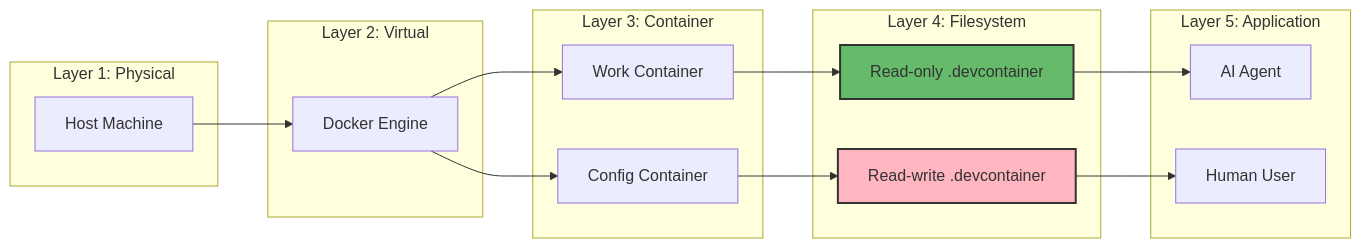
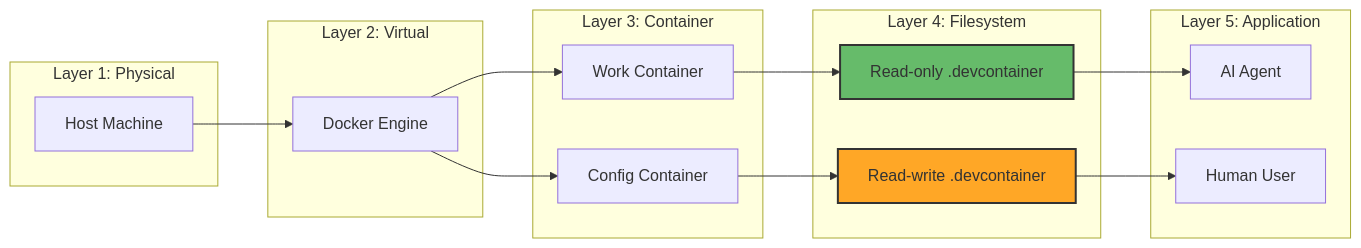
The second of 4 diagrams in sparc/3-architecture/diagrams/02-container-orchestration.md (ManuelKugelmann/BitBot), drawn with Mermaid before and after one commit. The commit also changed other lines of this file, not shown here.

First line of the commit message:
Apply FLOW_INNER_BITBOT color scheme to diagram 02

````diff
--- a/sparc/3-architecture/diagrams/02-container-orchestration.md
+++ b/sparc/3-architecture/diagrams/02-container-orchestration.md
@@ -156,36 +156,36 @@
 ```mermaid
 graph LR
     subgraph "Layer 1: Physical"
         HOST[Host Machine]
     end
 
     subgraph "Layer 2: Virtual"
         DOCKER[Docker Engine]
     end
 
     subgraph "Layer 3: Container"
         WORK[Work Container]
         CONFIG[Config Container]
     end
 
     subgraph "Layer 4: Filesystem"
         WORKRO[Read-only .devcontainer]
         CONFIGRW[Read-write .devcontainer]
     end
 
     subgraph "Layer 5: Application"
         AI[AI Agent]
         HUMAN[Human User]
     end
 
     HOST --> DOCKER
     DOCKER --> WORK
     DOCKER --> CONFIG
     WORK --> WORKRO
     CONFIG --> CONFIGRW
     WORKRO --> AI
     CONFIGRW --> HUMAN
 
     style WORKRO fill:#66bb6a,stroke:#333,stroke-width:2px,color:#333
-    style CONFIGRW fill:#ffb6c1,stroke:#333,stroke-width:2px,color:#333
+    style CONFIGRW fill:#ffa726,stroke:#333,stroke-width:2px,color:#333
 ```
````
